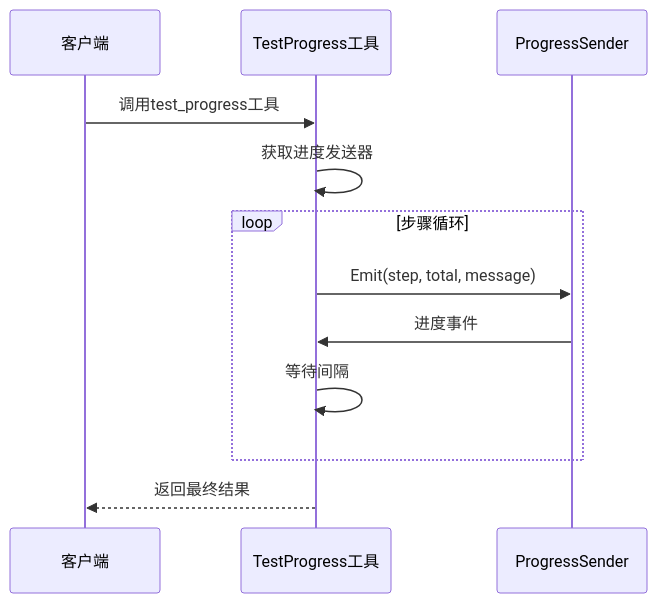
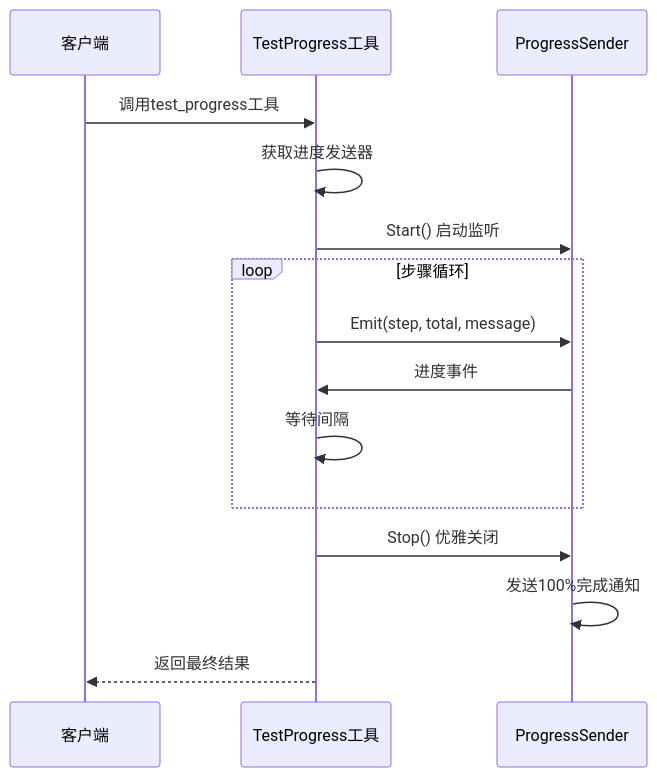
Diagram 16 of 17 in .qoder/repowiki/zh/content/Mcpx客户端包.md (maomao94/zero-service), drawn with Mermaid before and after one commit. The commit also changed other lines of this file and 48 other files, not shown here.

````diff
--- a/.qoder/repowiki/zh/content/Mcpx客户端包.md
+++ b/.qoder/repowiki/zh/content/Mcpx客户端包.md
@@ -555,14 +694,17 @@
 ```mermaid
 sequenceDiagram
 participant Client as 客户端
 participant TestTool as TestProgress工具
 participant Sender as ProgressSender
 Client->>TestTool : 调用test_progress工具
 TestTool->>TestTool : 获取进度发送器
+TestTool->>Sender : Start() 启动监听
 loop 步骤循环
 TestTool->>Sender : Emit(step, total, message)
 Sender->>TestTool : 进度事件
 TestTool->>TestTool : 等待间隔
 end
+TestTool->>Sender : Stop() 优雅关闭
+Sender->>Sender : 发送100%完成通知
 TestTool-->>Client : 返回最终结果
 ```
````
